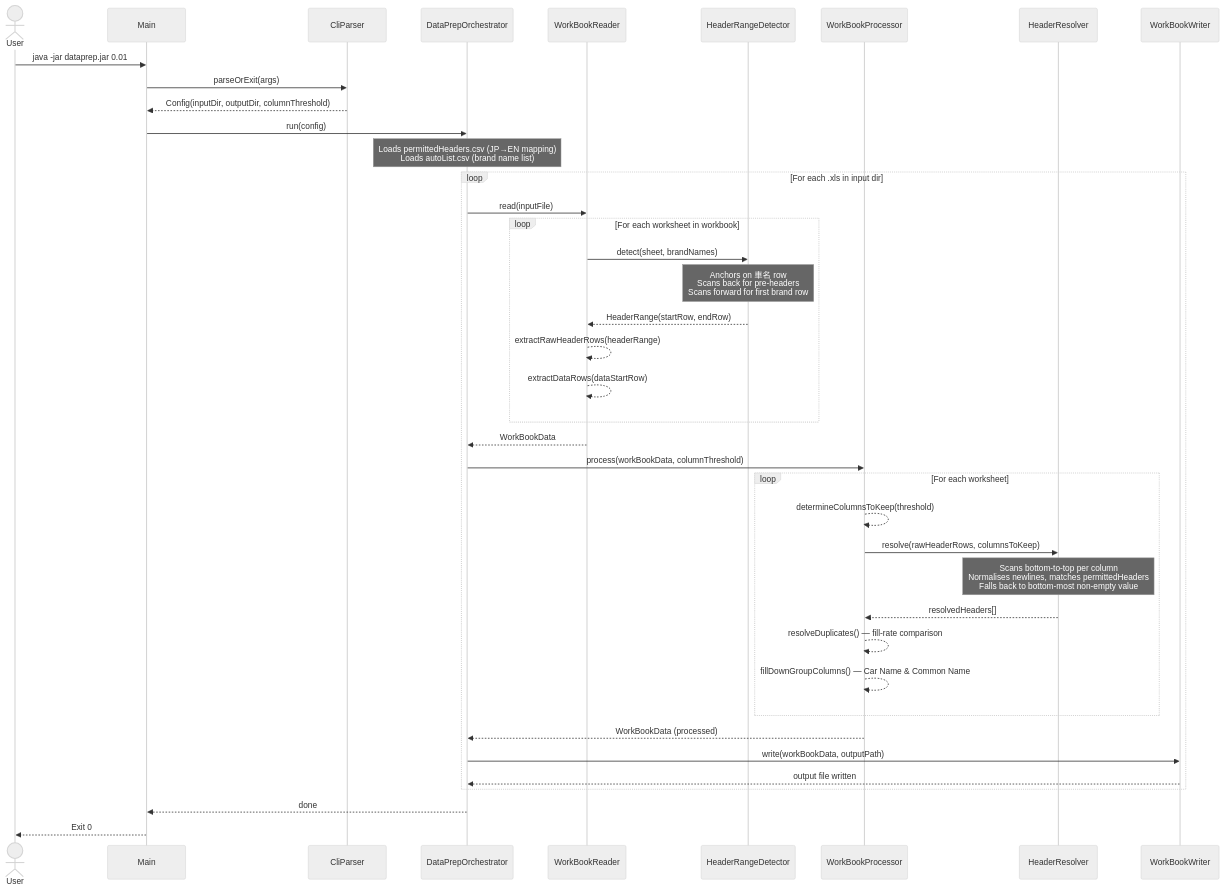
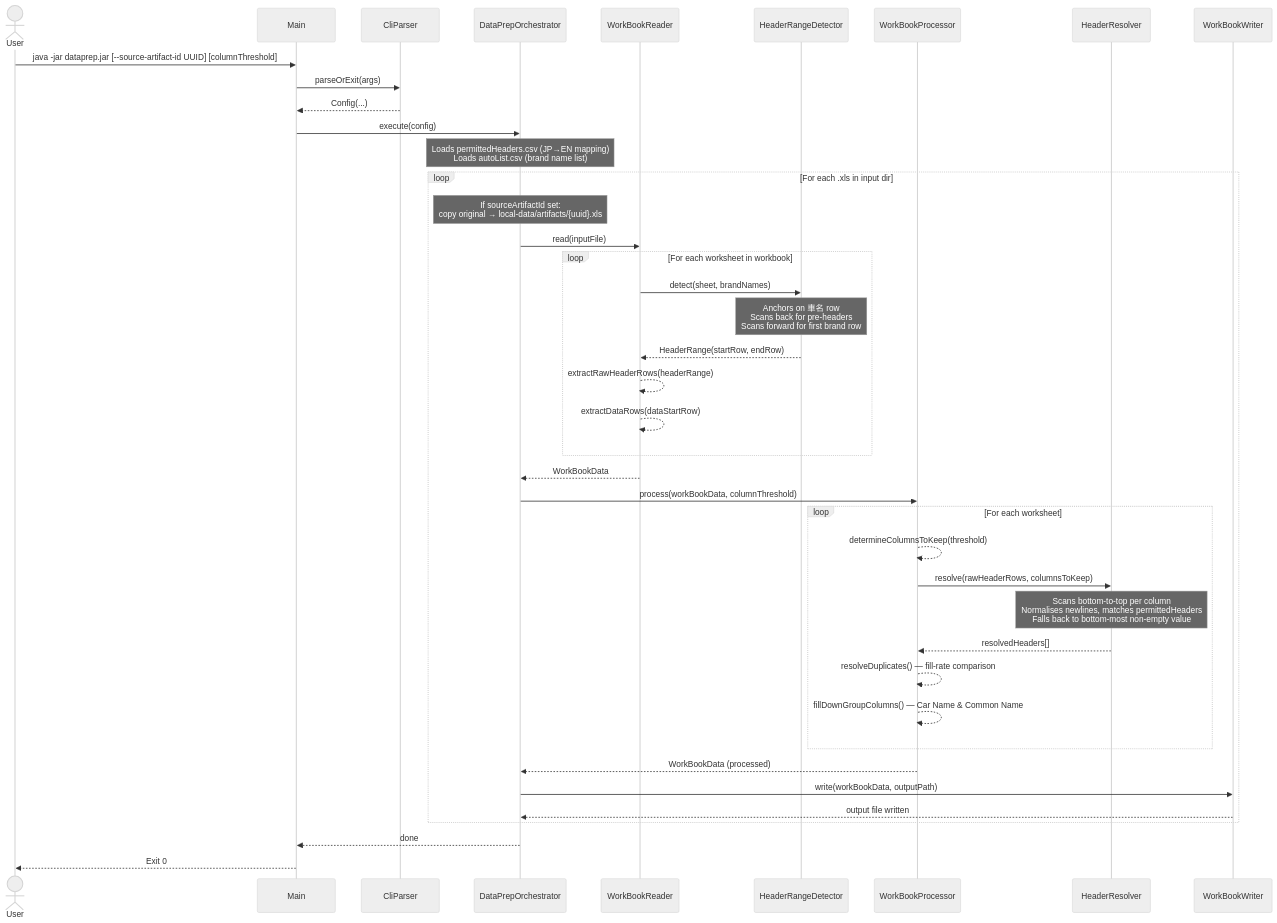
One commit to DylanBrennan92/DataPrep changed the diagram in README.md. Above: the diagram before and after it, drawn with Mermaid (neutral theme). The commit also changed other lines of this file, not shown here.

````diff
--- a/README.md
+++ b/README.md
@@ -18,43 +20,44 @@
 ```mermaid
 sequenceDiagram
     actor User
     participant Main
     participant CliParser
     participant DataPrepOrchestrator
     participant WorkBookReader
     participant HeaderRangeDetector
     participant WorkBookProcessor
     participant HeaderResolver
     participant WorkBookWriter
 
-    User->>Main: java -jar dataprep.jar 0.01
+    User->>Main: java -jar dataprep.jar [--source-artifact-id UUID] [columnThreshold]
     Main->>CliParser: parseOrExit(args)
-    CliParser-->>Main: Config(inputDir, outputDir, columnThreshold)
-    Main->>DataPrepOrchestrator: run(config)
+    CliParser-->>Main: Config(...)
+    Main->>DataPrepOrchestrator: execute(config)
     Note over DataPrepOrchestrator: Loads permittedHeaders.csv (JP→EN mapping)<br/>Loads autoList.csv (brand name list)
     loop For each .xls in input dir
+        Note over DataPrepOrchestrator: If sourceArtifactId set:<br/>copy original → local-data/artifacts/{uuid}.xls
         DataPrepOrchestrator->>WorkBookReader: read(inputFile)
         loop For each worksheet in workbook
             WorkBookReader->>HeaderRangeDetector: detect(sheet, brandNames)
             Note over HeaderRangeDetector: Anchors on 車名 row<br/>Scans back for pre-headers<br/>Scans forward for first brand row
             HeaderRangeDetector-->>WorkBookReader: HeaderRange(startRow, endRow)
             WorkBookReader-->>WorkBookReader: extractRawHeaderRows(headerRange)
             WorkBookReader-->>WorkBookReader: extractDataRows(dataStartRow)
         end
         WorkBookReader-->>DataPrepOrchestrator: WorkBookData
         DataPrepOrchestrator->>WorkBookProcessor: process(workBookData, columnThreshold)
         loop For each worksheet
             WorkBookProcessor-->>WorkBookProcessor: determineColumnsToKeep(threshold)
             WorkBookProcessor->>HeaderResolver: resolve(rawHeaderRows, columnsToKeep)
             Note over HeaderResolver: Scans bottom-to-top per column<br/>Normalises newlines, matches permittedHeaders<br/>Falls back to bottom-most non-empty value
             HeaderResolver-->>WorkBookProcessor: resolvedHeaders[]
             WorkBookProcessor-->>WorkBookProcessor: resolveDuplicates() — fill-rate comparison
             WorkBookProcessor-->>WorkBookProcessor: fillDownGroupColumns() — Car Name & Common Name
         end
         WorkBookProcessor-->>DataPrepOrchestrator: WorkBookData (processed)
         DataPrepOrchestrator->>WorkBookWriter: write(workBookData, outputPath)
         WorkBookWriter-->>DataPrepOrchestrator: output file written
     end
     DataPrepOrchestrator-->>Main: done
     Main-->>User: Exit 0
 ```
````
